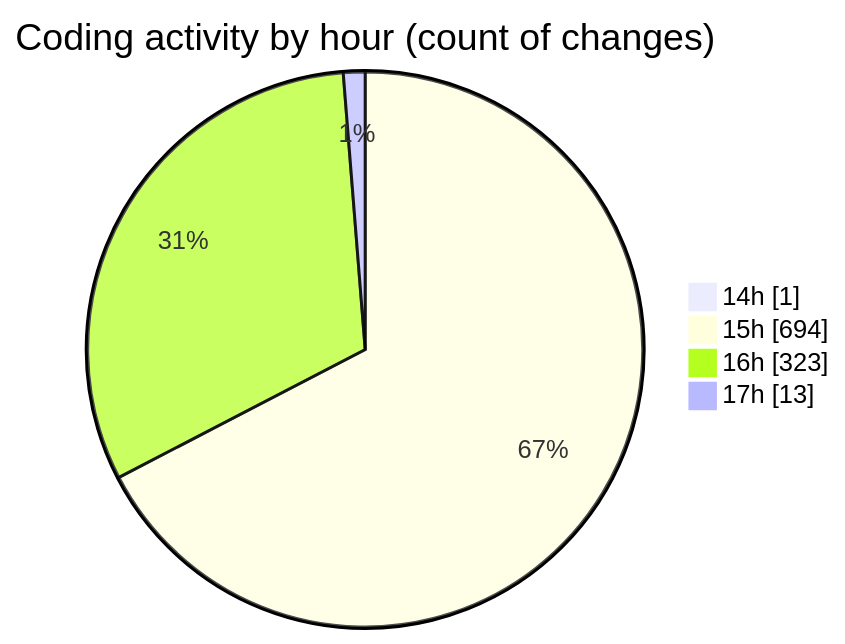
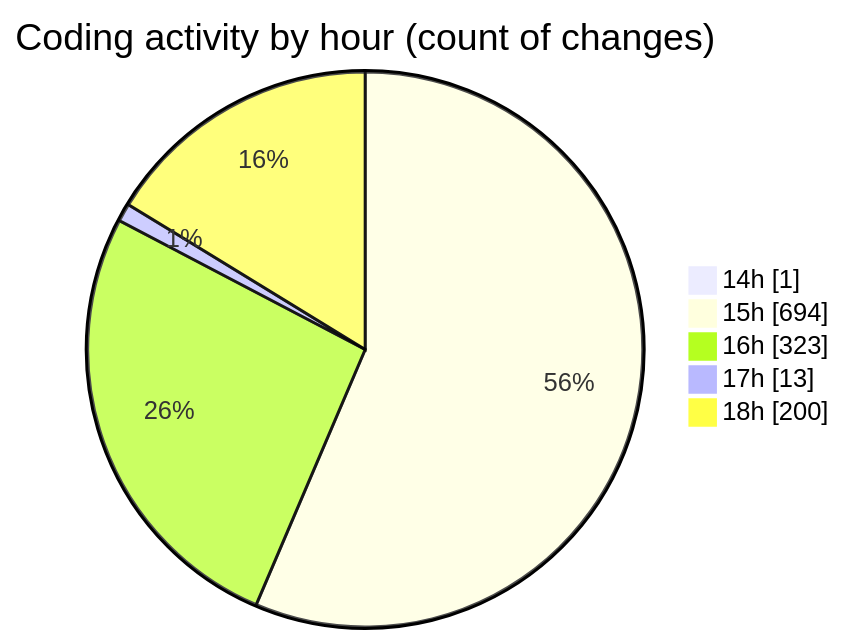
Before and after one commit to nxtqubesakshisongat/code-tracking: the second of 2 diagrams in 2025-04-10/nxtqube_webapp/README.md, drawn with Mermaid. The commit also changed other lines of this file and 1 other file, not shown here.

````diff
--- a/2025-04-10/nxtqube_webapp/README.md
+++ b/2025-04-10/nxtqube_webapp/README.md
@@ -34,8 +34,9 @@
 ```mermaid
 pie showData
 title Coding activity by hour (count of changes)
 "14h" : 1
 "15h" : 694
 "16h" : 323
 "17h" : 13
+"18h" : 200
 ```
````
